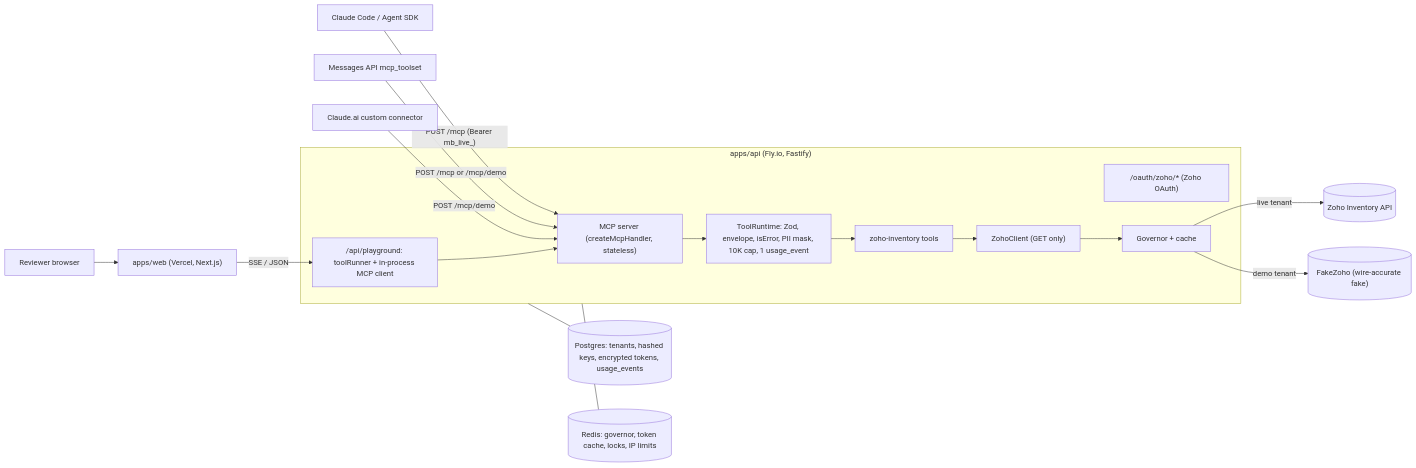
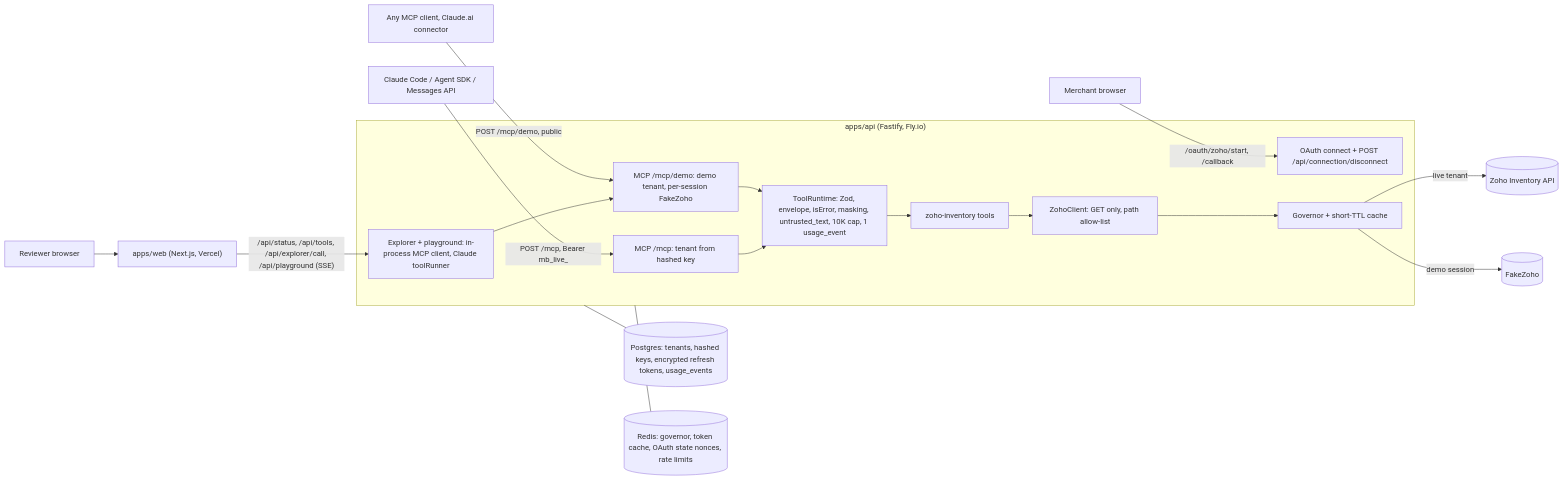
Before and after one commit to jayasinghthakur/merchantbridge: the diagram in README.md, drawn with Mermaid. The commit also changed other lines of this file and 8 other files, not shown here.

````diff
--- a/README.md
+++ b/README.md
@@ -41,18 +48,20 @@
 ```mermaid
 flowchart LR
-  R["Reviewer browser"] --> W["apps/web (Vercel, Next.js)"]
-  W -->|"SSE / JSON"| PGR
-  H1["Claude Code / Agent SDK"] -->|"POST /mcp (Bearer mb_live_)"| M
-  H2["Messages API mcp_toolset"] -->|"POST /mcp or /mcp/demo"| M
-  H3["Claude.ai custom connector"] -->|"POST /mcp/demo"| M
-  subgraph A["apps/api (Fly.io, Fastify)"]
-    PGR["/api/playground: toolRunner + in-process MCP client"] --> M["MCP server (createMcpHandler, stateless)"]
-    O["/oauth/zoho/* (Zoho OAuth)"]
-    M --> RT["ToolRuntime: Zod, envelope, isError, PII mask, 10K cap, 1 usage_event"]
-    RT --> T["zoho-inventory tools"] --> C["ZohoClient (GET only)"] --> G["Governor + cache"]
+  R["Reviewer browser"] --> W["apps/web (Next.js, Vercel)"]
+  W -->|"/api/status, /api/tools, /api/explorer/call, /api/playground (SSE)"| PG
+  H1["Claude Code / Agent SDK / Messages API"] -->|"POST /mcp, Bearer mb_live_"| LIVE
+  H2["Any MCP client, Claude.ai connector"] -->|"POST /mcp/demo, public"| DEMO
+  M["Merchant browser"] -->|"/oauth/zoho/start, /callback"| OA
+  subgraph A["apps/api (Fastify, Fly.io)"]
+    PG["Explorer + playground: in-process MCP client, Claude toolRunner"] --> DEMO
+    OA["OAuth connect + POST /api/connection/disconnect"]
+    DEMO["MCP /mcp/demo: demo tenant, per-session FakeZoho"] --> RT
+    LIVE["MCP /mcp: tenant from hashed key"] --> RT
+    RT["ToolRuntime: Zod, envelope, isError, masking, untrusted_text, 10K cap, 1 usage_event"]
+    RT --> T["zoho-inventory tools"] --> C["ZohoClient: GET only, path allow-list"] --> G["Governor + short-TTL cache"]
   end
   G -->|"live tenant"| Z[("Zoho Inventory API")]
-  G -->|"demo tenant"| F[("FakeZoho (wire-accurate fake)")]
-  A --- DB[("Postgres: tenants, hashed keys, encrypted tokens, usage_events")]
-  A --- KV[("Redis: governor, token cache, locks, IP limits")]
+  G -->|"demo session"| F[("FakeZoho")]
+  A --- DB[("Postgres: tenants, hashed keys, encrypted refresh tokens, usage_events")]
+  A --- KV[("Redis: governor, token cache, OAuth state nonces, rate limits")]
 ```
````
